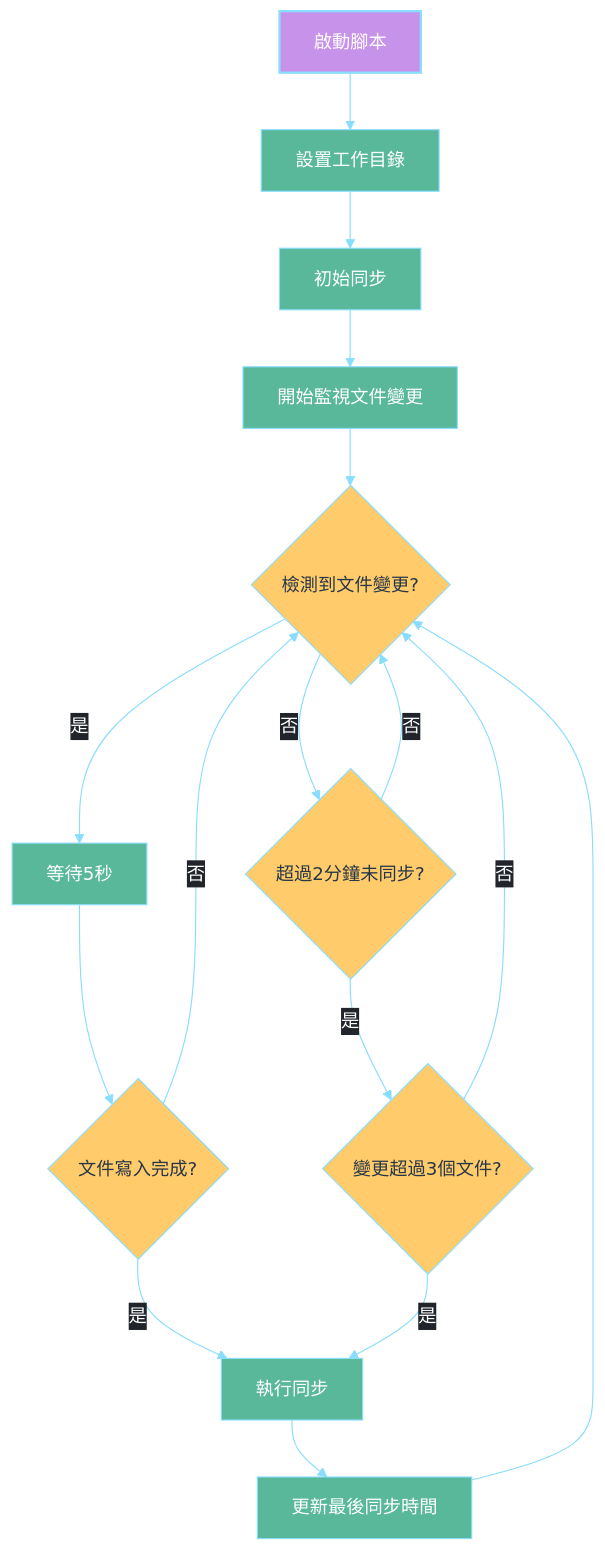
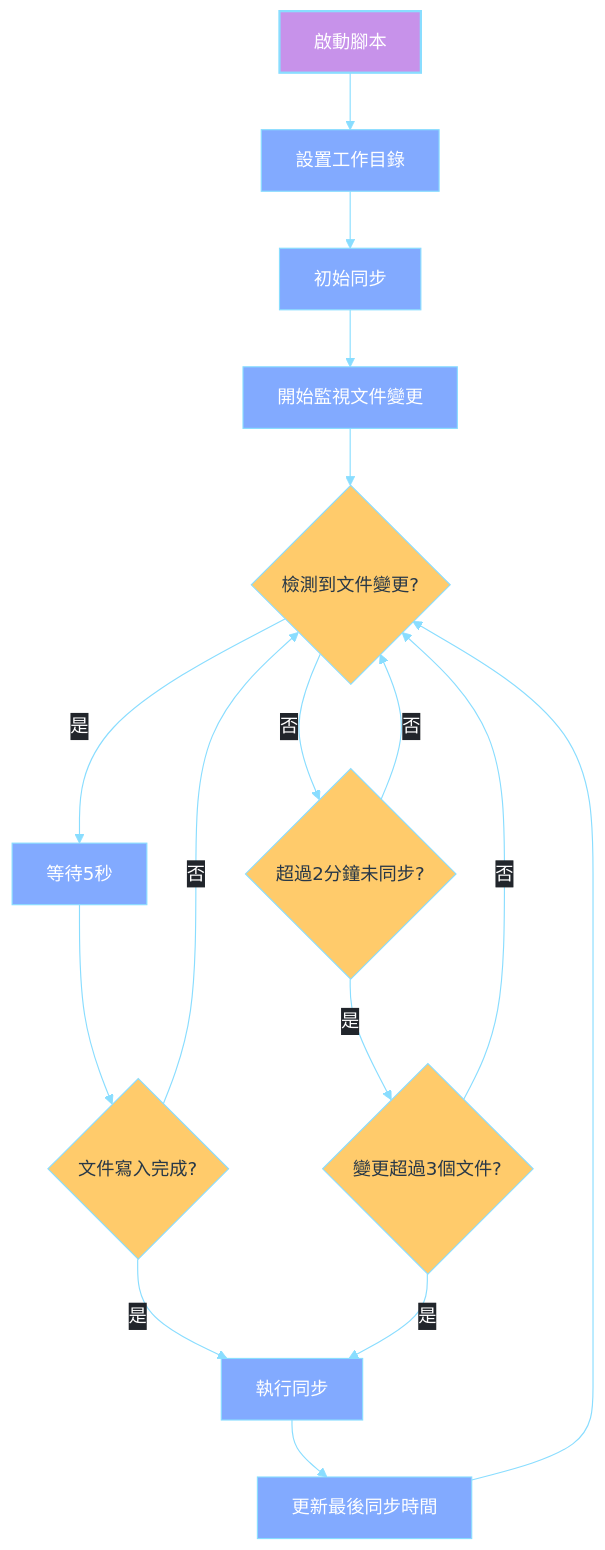
The second of 2 diagrams in Logseq同步方案演進記錄.md (GengGeng026/Sync-Logseq), drawn with Mermaid before and after one commit. The commit also changed other lines of this file, not shown here.

Commit message:
Auto-sync: Wed Mar 26 08:13:27 +08 2025

````diff
--- a/Logseq同步方案演進記錄.md
+++ b/Logseq同步方案演進記錄.md
@@ -371,52 +371,52 @@
 ```mermaid
 %%{init: {
   'theme': 'base', 
   'themeVariables': {
-    'primaryColor': '#59B79A',
+    'primaryColor': '#82AAFF',
     'primaryTextColor': '#FFFFFF',
-    'primaryBorderColor': '#59B79A',
+    'primaryBorderColor': '#82AAFF',
     'lineColor': '#89DDFF',
     'secondaryColor': '#C792EA',
     'tertiaryColor': '#F07178',
     'background': 'transparent',
     'textColor': '#EEFFFF',
     'mainBkg': '#273747',
     'nodeBorder': '#89DDFF',
     'clusterBkg': 'transparent',
     'edgeLabelBackground': '#21252B'
   },
   'flowchart': {
     'curve': 'basis',
     'nodeSpacing': 50,
     'rankSpacing': 50,
     'padding': 15
   }
 }}%%
 flowchart TD
     %% 節點樣式優化
     classDef start fill:#C792EA,stroke:#89DDFF,color:#FFFFFF,stroke-width:2px;
-    classDef process fill:#59B79A,stroke:#89DDFF,color:#FFFFFF,stroke-width:1px;
+    classDef process fill:#82AAFF,stroke:#89DDFF,color:#FFFFFF,stroke-width:1px;
     classDef condition fill:#FFCB6B,stroke:#89DDFF,color:#273747,stroke-width:1px,shape:diamond;
     classDef action fill:#F07178,stroke:#89DDFF,color:#FFFFFF,stroke-width:1px;
     
     A[啟動腳本] --> B[設置工作目錄]
     B --> C[初始同步]
     C --> D[開始監視文件變更]
     D --> E{檢測到文件變更?}
     E -->|是| F[等待5秒]
     F --> G{文件寫入完成?}
     G -->|是| H[執行同步]
     G -->|否| E
     E -->|否| I{超過2分鐘未同步?}
     I -->|是| J{變更超過3個文件?}
     J -->|是| H
     J -->|否| E
     I -->|否| E
     H --> K[更新最後同步時間]
     K --> E
     
     %% 應用樣式
     class A start;
     class B,C,D,F,H,K process;
     class E,G,I,J condition;
 ```
````
